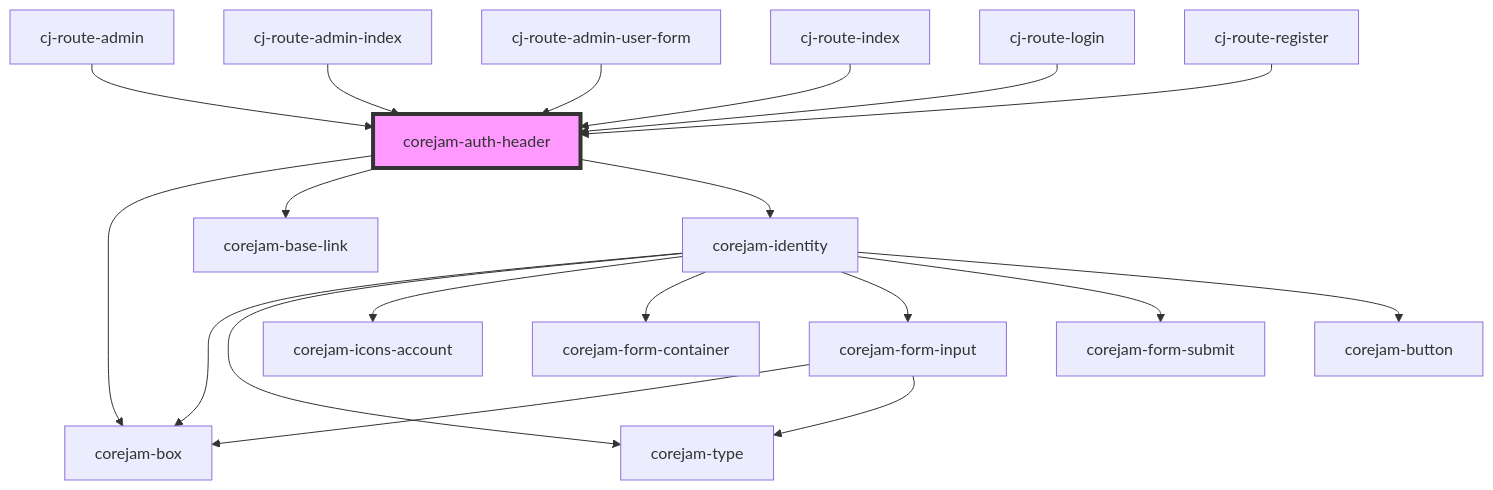
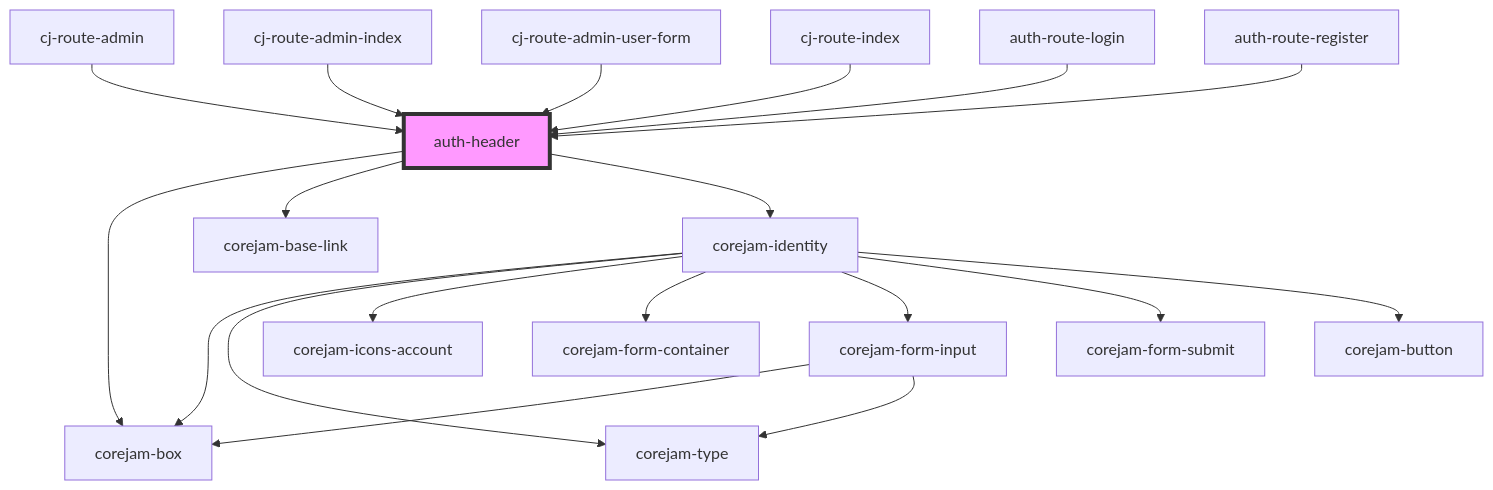
One commit to corejam/corejam changed the diagram in packages/auth/app/components/Header/readme.md. Above: the diagram before and after it, drawn with Mermaid. The commit also changed other lines of this file and 35 other files, not shown here.

````diff
--- a/packages/auth/app/components/Header/readme.md
+++ b/packages/auth/app/components/Header/readme.md
@@ -26,22 +26,22 @@
 ```mermaid
 graph TD;
-  corejam-auth-header --> corejam-box
-  corejam-auth-header --> corejam-base-link
-  corejam-auth-header --> corejam-identity
+  auth-header --> corejam-box
+  auth-header --> corejam-base-link
+  auth-header --> corejam-identity
   corejam-identity --> corejam-box
   corejam-identity --> corejam-type
   corejam-identity --> corejam-icons-account
   corejam-identity --> corejam-form-container
   corejam-identity --> corejam-form-input
   corejam-identity --> corejam-form-submit
   corejam-identity --> corejam-button
   corejam-form-input --> corejam-box
   corejam-form-input --> corejam-type
-  cj-route-admin --> corejam-auth-header
-  cj-route-admin-index --> corejam-auth-header
-  cj-route-admin-user-form --> corejam-auth-header
-  cj-route-index --> corejam-auth-header
-  cj-route-login --> corejam-auth-header
-  cj-route-register --> corejam-auth-header
-  style corejam-auth-header fill:#f9f,stroke:#333,stroke-width:4px
+  cj-route-admin --> auth-header
+  cj-route-admin-index --> auth-header
+  cj-route-admin-user-form --> auth-header
+  cj-route-index --> auth-header
+  auth-route-login --> auth-header
+  auth-route-register --> auth-header
+  style auth-header fill:#f9f,stroke:#333,stroke-width:4px
 ```
````
